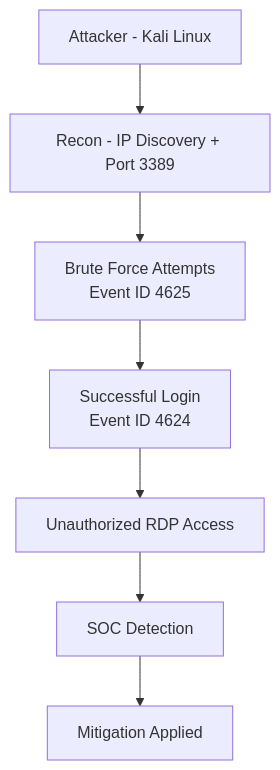
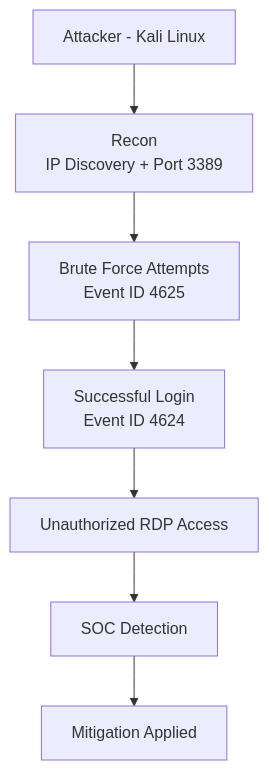
The diagram in Diagrams/attack-flow.md (priyanka-sec/Windows-RDP-Brute-Force-Detection-Lab), drawn with Mermaid before and after one commit.

````diff
--- a/Diagrams/attack-flow.md
+++ b/Diagrams/attack-flow.md
@@ -10,17 +10,17 @@
 ```mermaid
 graph TD
     A[Attacker - Kali Linux]
-    B[Recon - IP Discovery + Port 3389]
+    B[Recon <br> IP Discovery + Port 3389]
     C[Brute Force Attempts<br>Event ID 4625]
     D[Successful Login<br>Event ID 4624]
     E[Unauthorized RDP Access]
     F[SOC Detection]
     G[Mitigation Applied]
 
     A --> B
     B --> C
     C --> D
     D --> E
     E --> F
     F --> G
 ```
````
